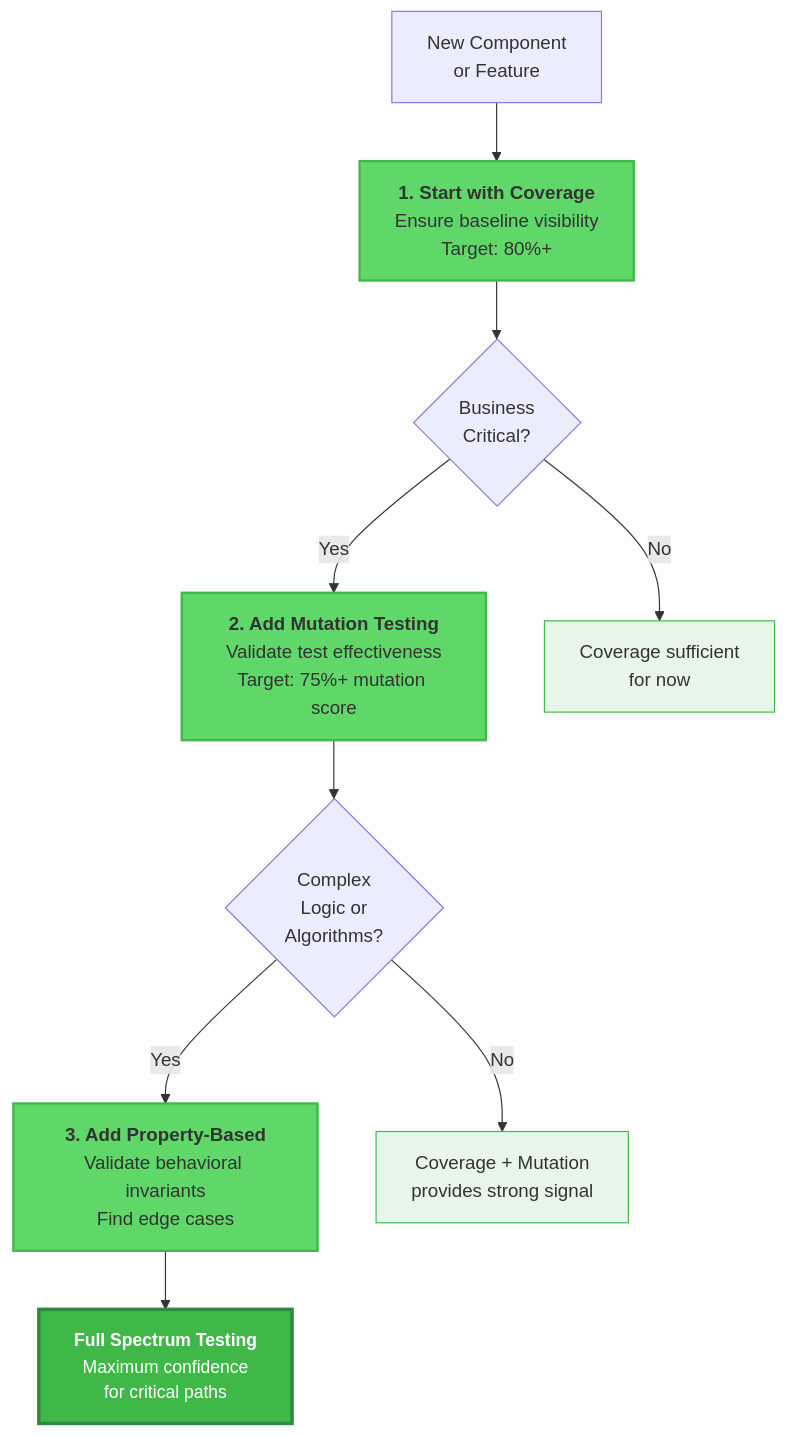
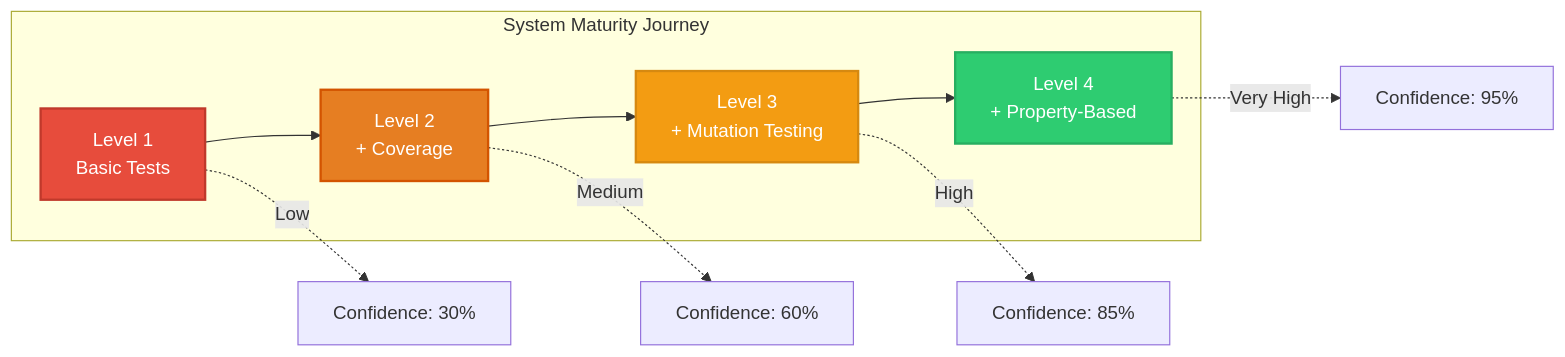
Before and after one commit to aravind666/aravind666.github.io: the fourth of 4 diagrams in _posts/2020-12-06-coverage-vs-mutation-vs-property-base-testing.md, drawn with Mermaid. The commit also changed other lines of this file and 7 other files, not shown here.

```diff
--- a/_posts/2020-12-06-coverage-vs-mutation-vs-property-base-testing.md
+++ b/_posts/2020-12-06-coverage-vs-mutation-vs-property-base-testing.md
@@ -209,23 +224,18 @@
 <div class="mermaid">
-graph TD
-    Start["New Component<br/>or Feature"] --> Base["<b>1. Start with Coverage</b><br/>Ensure baseline visibility<br/>Target: 80%+"]
+graph LR
+    subgraph Maturity["System Maturity Journey"]
+        L1["Level 1<br/>Basic Tests"] --> L2["Level 2<br/>+ Coverage"]
+        L2 --> L3["Level 3<br/>+ Mutation Testing"]
+        L3 --> L4["Level 4<br/>+ Property-Based"]
+    end
     
-    Base --> Q1{"Business<br/>Critical?"}
+    L1 -.->|Low| C1["Confidence: 30%"]
+    L2 -.->|Medium| C2["Confidence: 60%"]
+    L3 -.->|High| C3["Confidence: 85%"]
+    L4 -.->|Very High| C4["Confidence: 95%"]
     
-    Q1 -->|Yes| Mut["<b>2. Add Mutation Testing</b><br/>Validate test effectiveness<br/>Target: 75%+ mutation score"]
-    Q1 -->|No| End1["Coverage sufficient<br/>for now"]
-    
-    Mut --> Q2{"Complex<br/>Logic or<br/>Algorithms?"}
-    
-    Q2 -->|Yes| Prop["<b>3. Add Property-Based</b><br/>Validate behavioral invariants<br/>Find edge cases"]
-    Q2 -->|No| End2["Coverage + Mutation<br/>provides strong signal"]
-    
-    Prop --> End3["<b>Full Spectrum Testing</b><br/>Maximum confidence<br/>for critical paths"]
-    
-    style Base fill:#5fd869,stroke:#3fb848,stroke-width:2px
-    style Mut fill:#5fd869,stroke:#3fb848,stroke-width:2px
-    style Prop fill:#5fd869,stroke:#3fb848,stroke-width:2px
-    style End3 fill:#3fb848,stroke:#2d8a3e,color:#fff,stroke-width:3px,font-size:15px
-    style End1 fill:#e8f5e9,stroke:#3fb848
-    style End2 fill:#e8f5e9,stroke:#3fb848
+    style L1 fill:#e74c3c,stroke:#c0392b,stroke-width:2px,color:#fff
+    style L2 fill:#e67e22,stroke:#d35400,stroke-width:2px,color:#fff
+    style L3 fill:#f39c12,stroke:#d68910,stroke-width:2px,color:#fff
+    style L4 fill:#2ecc71,stroke:#27ae60,stroke-width:2px,color:#fff
 </div>
```
